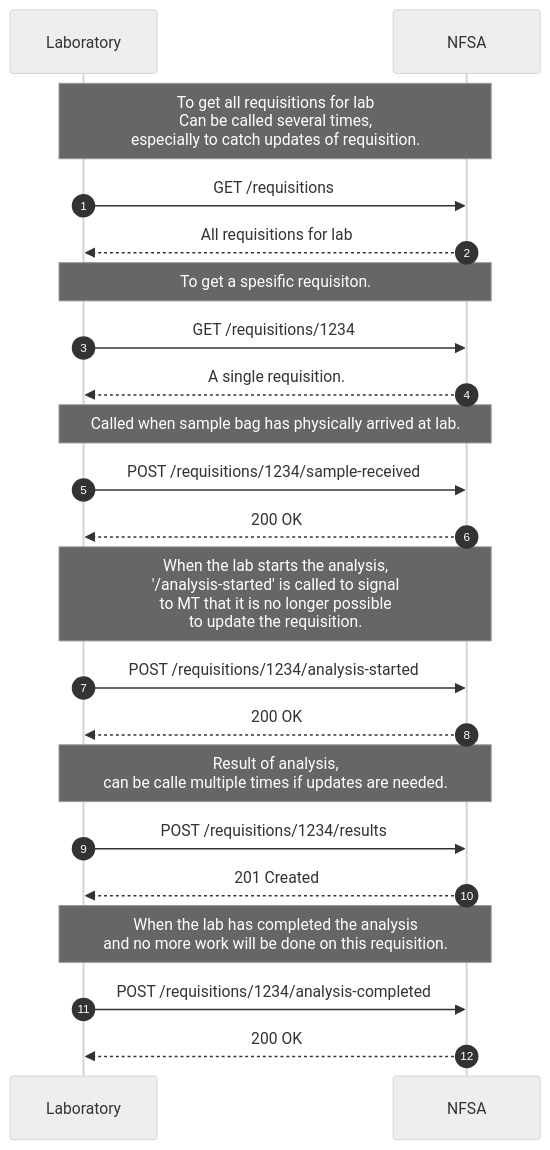
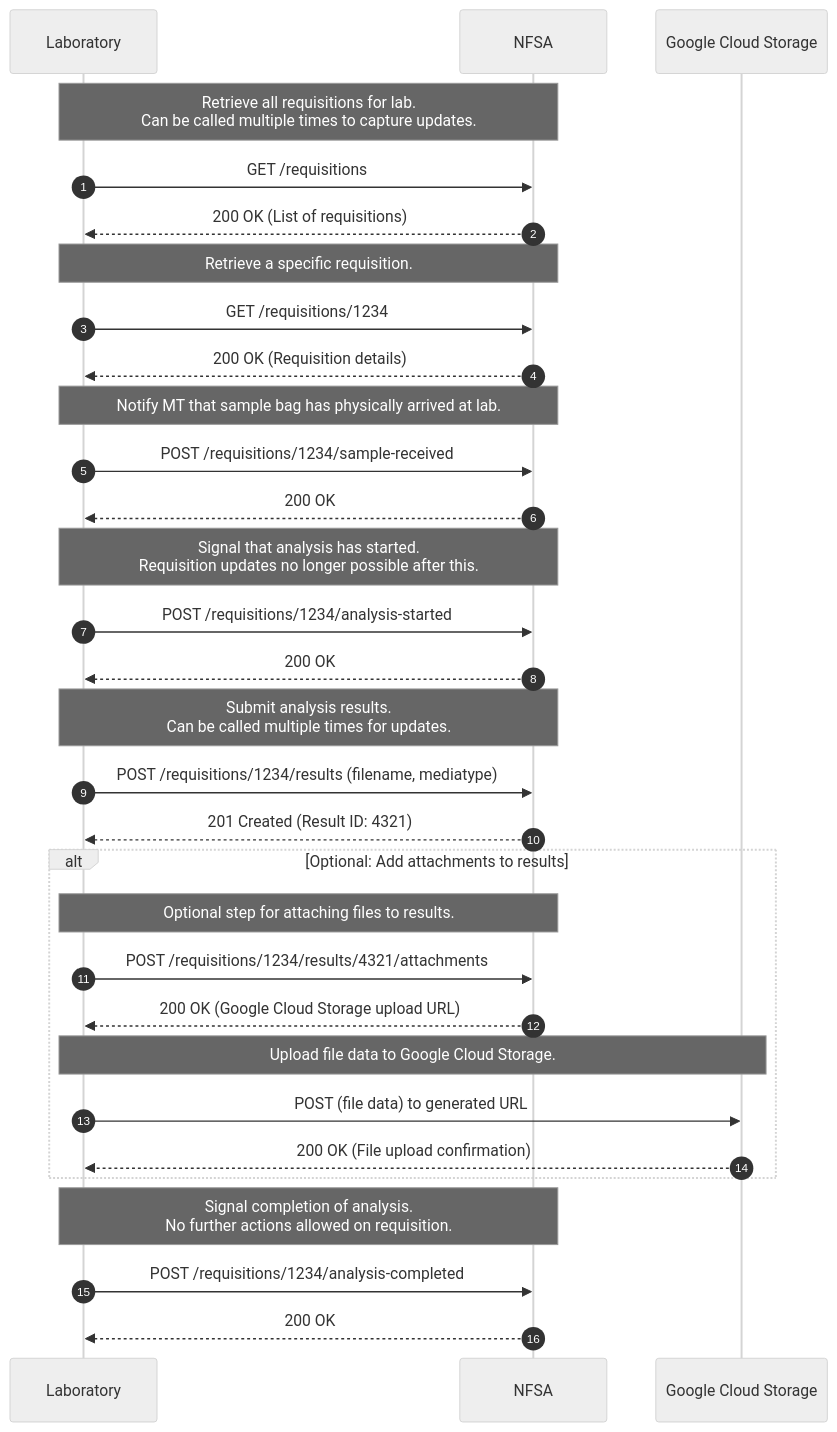
Before and after one commit to Mattilsynet/provetaking-labintegration: the second of 2 diagrams in README.md, drawn with Mermaid (neutral theme).

Commit message:
Update mermaid sequence diagram

````diff
--- a/README.md
+++ b/README.md
@@ -39,30 +39,42 @@
 ```mermaid
 sequenceDiagram
     autonumber
     participant LAB as Laboratory
     participant MT as NFSA
-    
-    Note over LAB,MT: To get all requisitions for lab <br/>Can be called several times,<br/> especially to catch updates of requisition.
-    LAB->>MT: GET /requisitions
-    MT-->>LAB: All requisitions for lab
+    participant GCS as Google Cloud Storage
 
-    Note over LAB,MT: To get a spesific requisiton.
-    LAB->>MT: GET /requisitions/1234
-    MT-->>LAB: A single requisition.
-   
-    Note over LAB,MT: Called when sample bag has physically arrived at lab.
-    LAB->>MT: POST /requisitions/1234/sample-received   
-    MT-->>LAB: 200 OK
+    Note over LAB, MT: Retrieve all requisitions for lab.<br/>Can be called multiple times to capture updates.
+    LAB ->> MT: GET /requisitions
+    MT -->> LAB: 200 OK (List of requisitions)
 
-    Note over LAB,MT: When the lab starts the analysis,<br/> '/analysis-started' is called to signal<br/> to MT that it is no longer possible<br/> to update the requisition.
-    LAB->>MT: POST /requisitions/1234/analysis-started
-    MT-->>LAB: 200 OK
+    Note over LAB, MT: Retrieve a specific requisition.
+    LAB ->> MT: GET /requisitions/1234
+    MT -->> LAB: 200 OK (Requisition details)
 
-    Note over LAB,MT: Result of analysis,<br/> can be calle multiple times if updates are needed.
-    LAB->>MT: POST /requisitions/1234/results
-    MT-->>LAB: 201 Created
+    Note over LAB, MT: Notify MT that sample bag has physically arrived at lab.
+    LAB ->> MT: POST /requisitions/1234/sample-received
+    MT -->> LAB: 200 OK
 
-    Note over LAB,MT: When the lab has completed the analysis<br/> and no more work will be done on this requisition.
-    LAB->>MT: POST /requisitions/1234/analysis-completed
-    MT-->>LAB: 200 OK
+    Note over LAB, MT: Signal that analysis has started.<br/>Requisition updates no longer possible after this.
+    LAB ->> MT: POST /requisitions/1234/analysis-started
+    MT -->> LAB: 200 OK
+
+    Note over LAB, MT: Submit analysis results.<br/>Can be called multiple times for updates.
+    LAB ->> MT: POST /requisitions/1234/results (filename, mediatype)
+    MT -->> LAB: 201 Created (Result ID: 4321)
+
+    alt Optional: Add attachments to results
+        Note over LAB, MT: Optional step for attaching files to results.
+        LAB ->> MT: POST /requisitions/1234/results/4321/attachments
+        MT -->> LAB: 200 OK (Google Cloud Storage upload URL)
+
+        Note over LAB, GCS: Upload file data to Google Cloud Storage.
+        LAB ->> GCS: POST (file data) to generated URL
+        GCS -->> LAB: 200 OK (File upload confirmation)
+    end
+
+    Note over LAB, MT: Signal completion of analysis.<br/>No further actions allowed on requisition.
+    LAB ->> MT: POST /requisitions/1234/analysis-completed
+    MT -->> LAB: 200 OK
+
 ```
````
